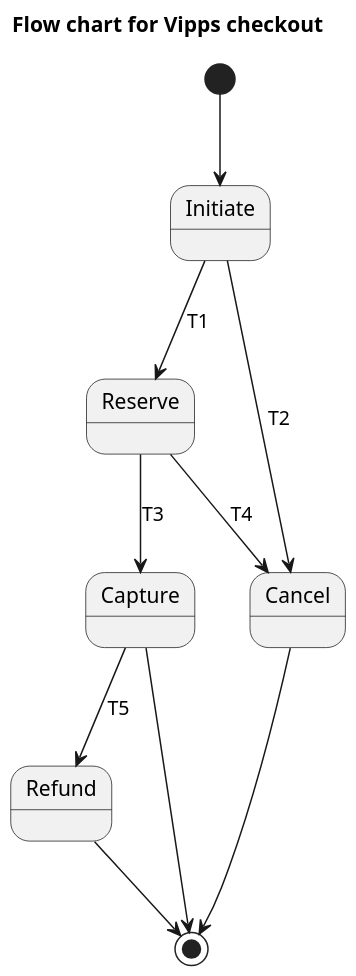
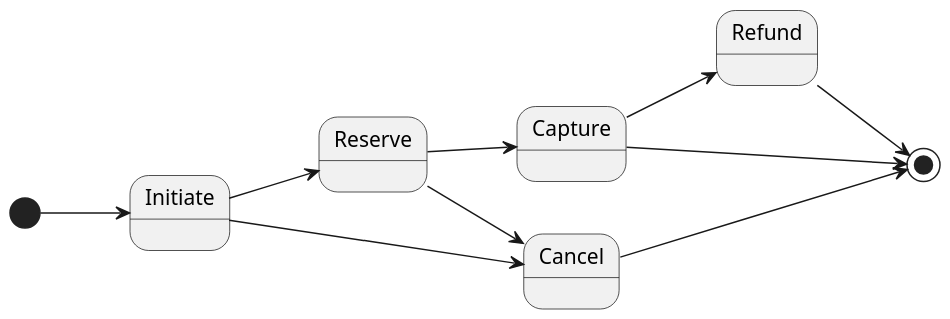
One commit to vippsas/vipps-ecom-api changed the diagram in images/vipps-ecom-flow-chart.plantuml. Above: the diagram before and after it, drawn with PlantUML. The commit also changed 2 other files, not shown here.

```diff
--- a/images/vipps-ecom-flow-chart.plantuml
+++ b/images/vipps-ecom-flow-chart.plantuml
@@ -1,19 +1,16 @@
 @startuml
 skinparam monochrome true
 
-Title Flow chart for Vipps checkout
-
 scale 1.5
-'scale 1.5 | scale 200 width | scale 100 height | scale [max] 200x100
+left to right direction
 
 [*] --> Initiate
-Initiate --> Reserve :T1
-Initiate --> Cancel :T2
-Reserve --> Capture :T3
-Reserve --> Cancel  :T4
-Capture --> Refund  :T5
+Initiate --> Reserve
+Reserve --> Capture
+Reserve --> Cancel
+Capture --> Refund
 Capture --> [*]
-Cancel --> [*] 
+Cancel --> [*]
 Refund --> [*]
-
+Initiate --> Cancel
 @enduml
```
